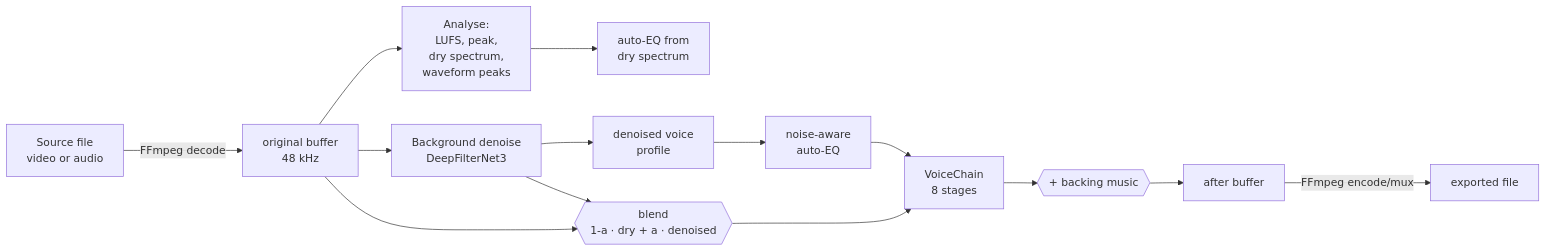
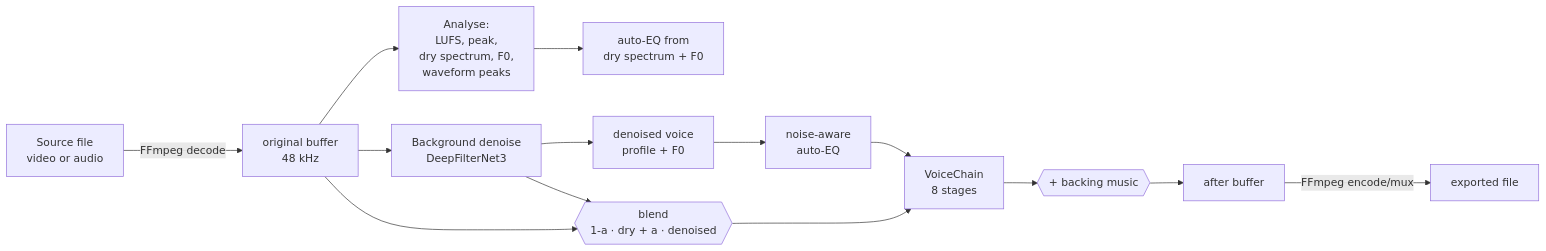
The second of 14 diagrams in docs/audio-processing-architecture.md (wujekd/voice-control), drawn with Mermaid before and after one commit. The commit also changed other lines of this file and 12 other files, not shown here.

Commit message:
Add pitch-aware auto-EQ and cache denoised audio plus loudness refs

````diff
--- a/docs/audio-processing-architecture.md
+++ b/docs/audio-processing-architecture.md
@@ -76,17 +76,17 @@
 ```mermaid
 flowchart LR
     SRC["Source file<br/>video or audio"] -->|"FFmpeg decode"| ORIG["original buffer<br/>48 kHz"]
-    ORIG --> ANA["Analyse:<br/>LUFS, peak,<br/>dry spectrum,<br/>waveform peaks"]
+    ORIG --> ANA["Analyse:<br/>LUFS, peak,<br/>dry spectrum, F0,<br/>waveform peaks"]
     ORIG --> DENO["Background denoise<br/>DeepFilterNet3"]
-    ANA --> EQ0["auto-EQ from<br/>dry spectrum"]
-    DENO --> PROF["denoised voice<br/>profile"]
+    ANA --> EQ0["auto-EQ from<br/>dry spectrum + F0"]
+    DENO --> PROF["denoised voice<br/>profile + F0"]
     PROF --> EQ1["noise-aware<br/>auto-EQ"]
 
     ORIG --> BLEND
     DENO --> BLEND{{"blend<br/>1-a · dry + a · denoised"}}
     EQ1 --> CHAIN
     BLEND --> CHAIN["VoiceChain<br/>8 stages"]
     CHAIN --> MIX{{"+ backing music"}}
     MIX --> OUT["after buffer"]
     OUT -->|"FFmpeg encode/mux"| FILE["exported file"]
 ```
````
